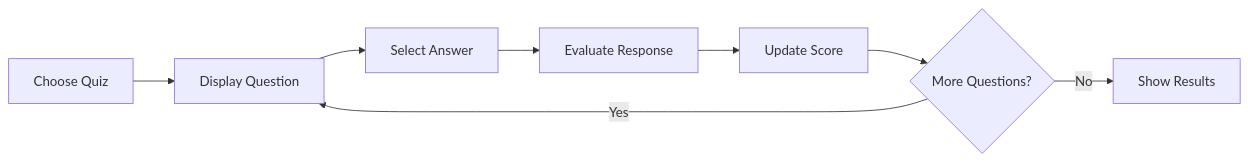
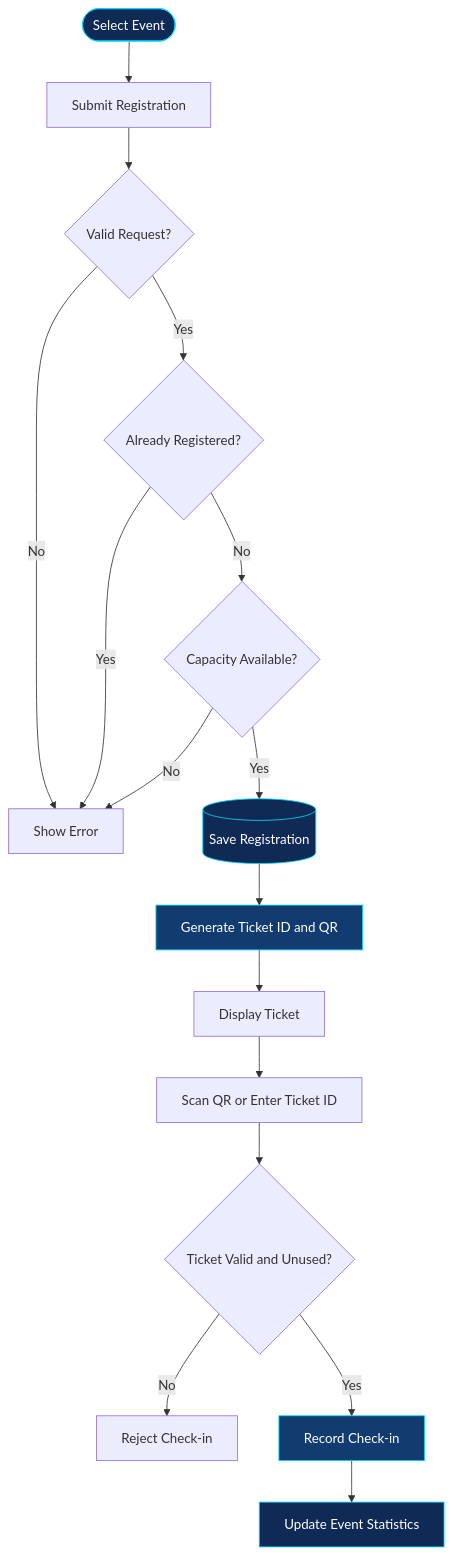
One commit to Priyanka170974/Priyanka170974 changed the second of 2 diagrams in README.md. Above: the diagram before and after it, drawn with Mermaid. The commit also changed other lines of this file, not shown here.

````diff
--- a/README.md
+++ b/README.md
@@ -196,10 +88,24 @@
 ```mermaid
-flowchart LR
-    A[Choose Quiz] --> B[Display Question]
-    B --> C[Select Answer]
-    C --> D[Evaluate Response]
-    D --> E[Update Score]
-    E --> F{More Questions?}
-    F -- Yes --> B
-    F -- No --> G[Show Results]
+flowchart TD
+    A([Select Event]) --> B[Submit Registration]
+    B --> C{Valid Request?}
+    C -- No --> X[Show Error]
+    C -- Yes --> D{Already Registered?}
+    D -- Yes --> X
+    D -- No --> E{Capacity Available?}
+    E -- No --> X
+    E -- Yes --> F[(Save Registration)]
+    F --> G[Generate Ticket ID and QR]
+    G --> H[Display Ticket]
+    H --> I[Scan QR or Enter Ticket ID]
+    I --> J{Ticket Valid and Unused?}
+    J -- No --> K[Reject Check-in]
+    J -- Yes --> L[Record Check-in]
+    L --> M[Update Event Statistics]
+
+    style A fill:#102a56,stroke:#00d9ff,color:#ffffff
+    style F fill:#102a56,stroke:#00d9ff,color:#ffffff
+    style G fill:#123b70,stroke:#00d9ff,color:#ffffff
+    style L fill:#123b70,stroke:#00d9ff,color:#ffffff
+    style M fill:#102a56,stroke:#00d9ff,color:#ffffff
 ```
````
